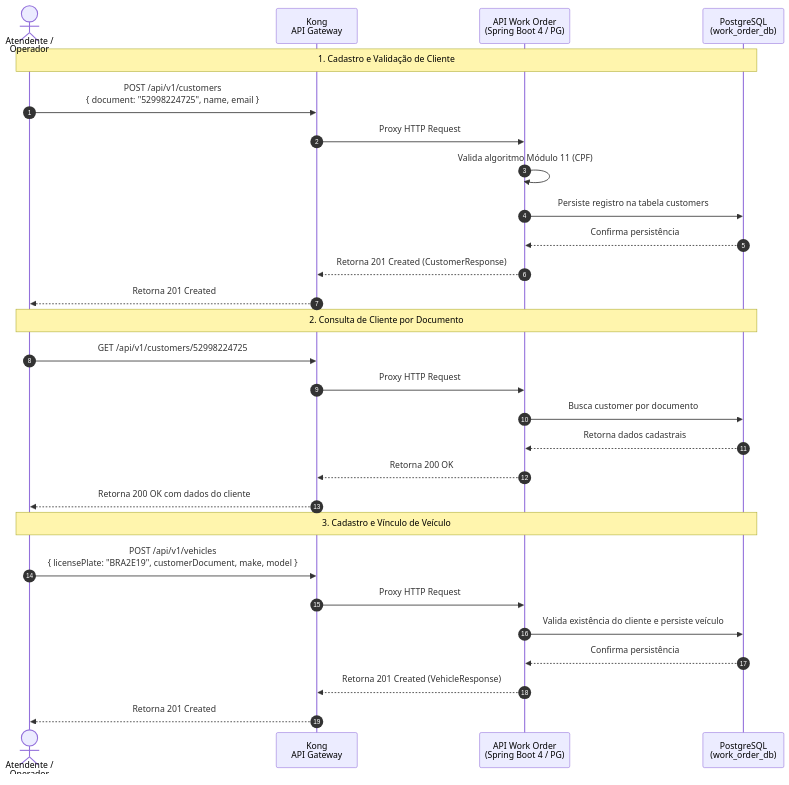
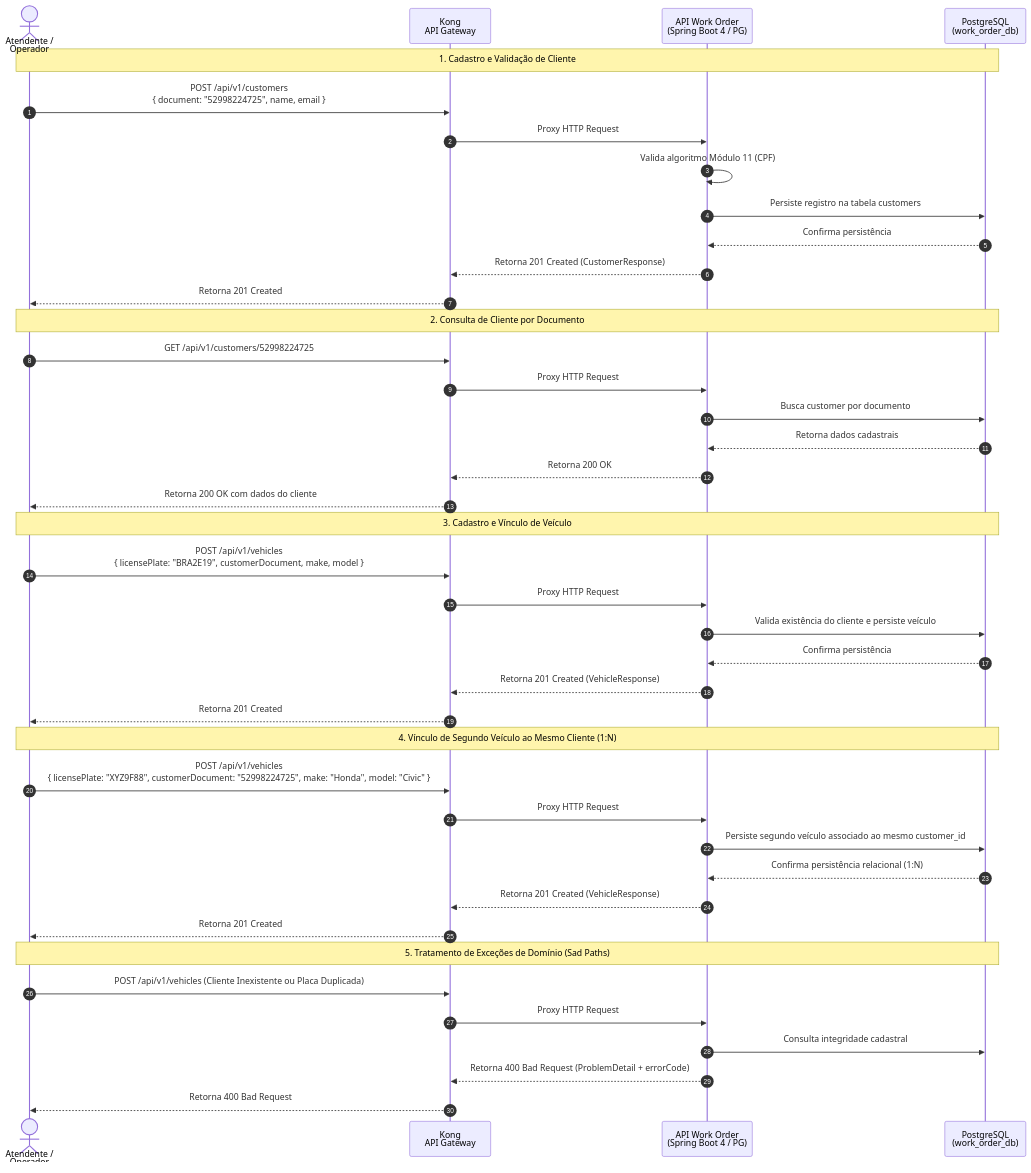
Before and after one commit to rodsordi/15soat-phase4-e2e: the diagram in src/test/resources/features/work-order/customer_vehicle_management.md, drawn with Mermaid. The commit also changed 18 other files, not shown here.

````diff
--- a/src/test/resources/features/work-order/customer_vehicle_management.md
+++ b/src/test/resources/features/work-order/customer_vehicle_management.md
@@ -10,36 +10,53 @@
 ```mermaid
 sequenceDiagram
     autonumber
     actor Atendente as Atendente /<br/>Operador
     participant Kong as Kong<br/>API Gateway
     participant WO as API Work Order<br/>(Spring Boot 4 / PG)
     participant DB as PostgreSQL<br/>(work_order_db)
 
     %% Cadastro do Cliente
     Note over Atendente,DB: 1. Cadastro e Validação de Cliente
     Atendente->>Kong: POST /api/v1/customers<br/>{ document: "52998224725", name, email }
     Kong->>WO: Proxy HTTP Request
     WO->>WO: Valida algoritmo Módulo 11 (CPF)
     WO->>DB: Persiste registro na tabela customers
     DB-->>WO: Confirma persistência
     WO-->>Kong: Retorna 201 Created (CustomerResponse)
     Kong-->>Atendente: Retorna 201 Created
 
     %% Consulta de Cliente
     Note over Atendente,DB: 2. Consulta de Cliente por Documento
     Atendente->>Kong: GET /api/v1/customers/52998224725
     Kong->>WO: Proxy HTTP Request
     WO->>DB: Busca customer por documento
     DB-->>WO: Retorna dados cadastrais
     WO-->>Kong: Retorna 200 OK
     Kong-->>Atendente: Retorna 200 OK com dados do cliente
 
     %% Cadastro de Veículo
     Note over Atendente,DB: 3. Cadastro e Vínculo de Veículo
     Atendente->>Kong: POST /api/v1/vehicles<br/>{ licensePlate: "BRA2E19", customerDocument, make, model }
     Kong->>WO: Proxy HTTP Request
     WO->>DB: Valida existência do cliente e persiste veículo
     DB-->>WO: Confirma persistência
     WO-->>Kong: Retorna 201 Created (VehicleResponse)
     Kong-->>Atendente: Retorna 201 Created
+
+    %% Múltiplos Veículos (1:N)
+    Note over Atendente,DB: 4. Vínculo de Segundo Veículo ao Mesmo Cliente (1:N)
+    Atendente->>Kong: POST /api/v1/vehicles<br/>{ licensePlate: "XYZ9F88", customerDocument: "52998224725", make: "Honda", model: "Civic" }
+    Kong->>WO: Proxy HTTP Request
+    WO->>DB: Persiste segundo veículo associado ao mesmo customer_id
+    DB-->>WO: Confirma persistência relacional (1:N)
+    WO-->>Kong: Retorna 201 Created (VehicleResponse)
+    Kong-->>Atendente: Retorna 201 Created
+
+    %% Sad Paths / Regras de Integridade
+    Note over Atendente,DB: 5. Tratamento de Exceções de Domínio (Sad Paths)
+    Atendente->>Kong: POST /api/v1/vehicles (Cliente Inexistente ou Placa Duplicada)
+    Kong->>WO: Proxy HTTP Request
+    WO->>DB: Consulta integridade cadastral
+    WO-->>Kong: Retorna 400 Bad Request (ProblemDetail + errorCode)
+    Kong-->>Atendente: Retorna 400 Bad Request
 ```
````
